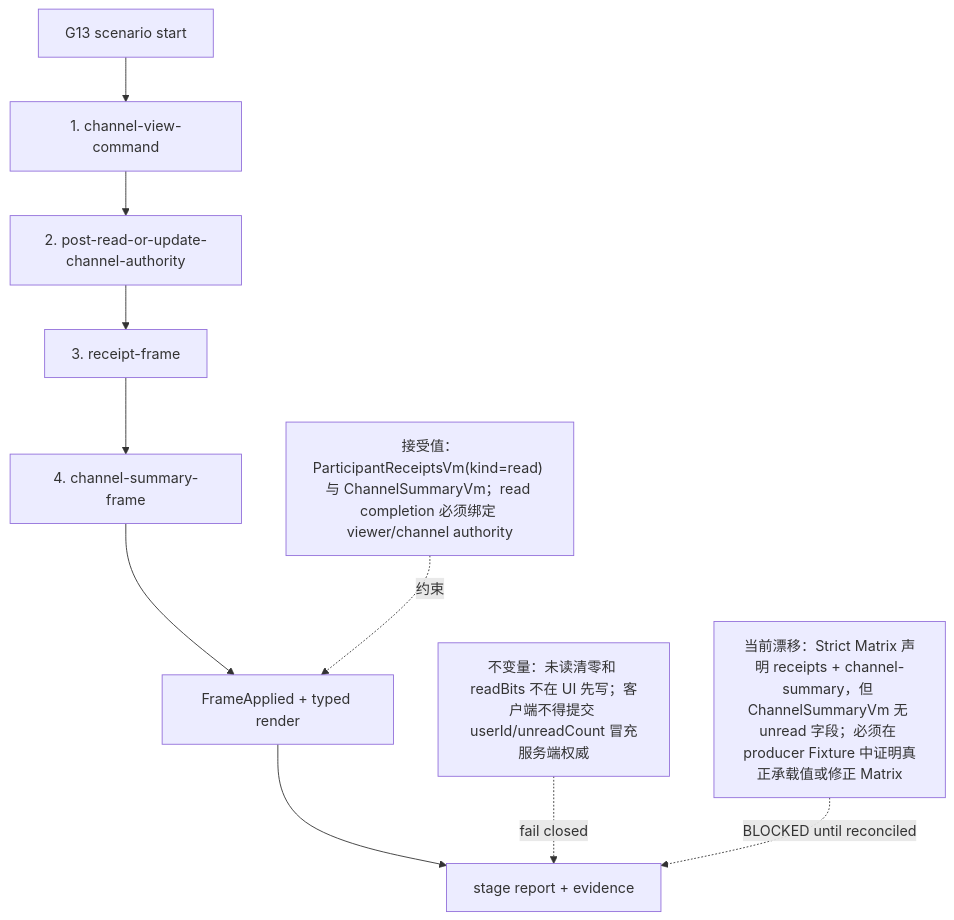
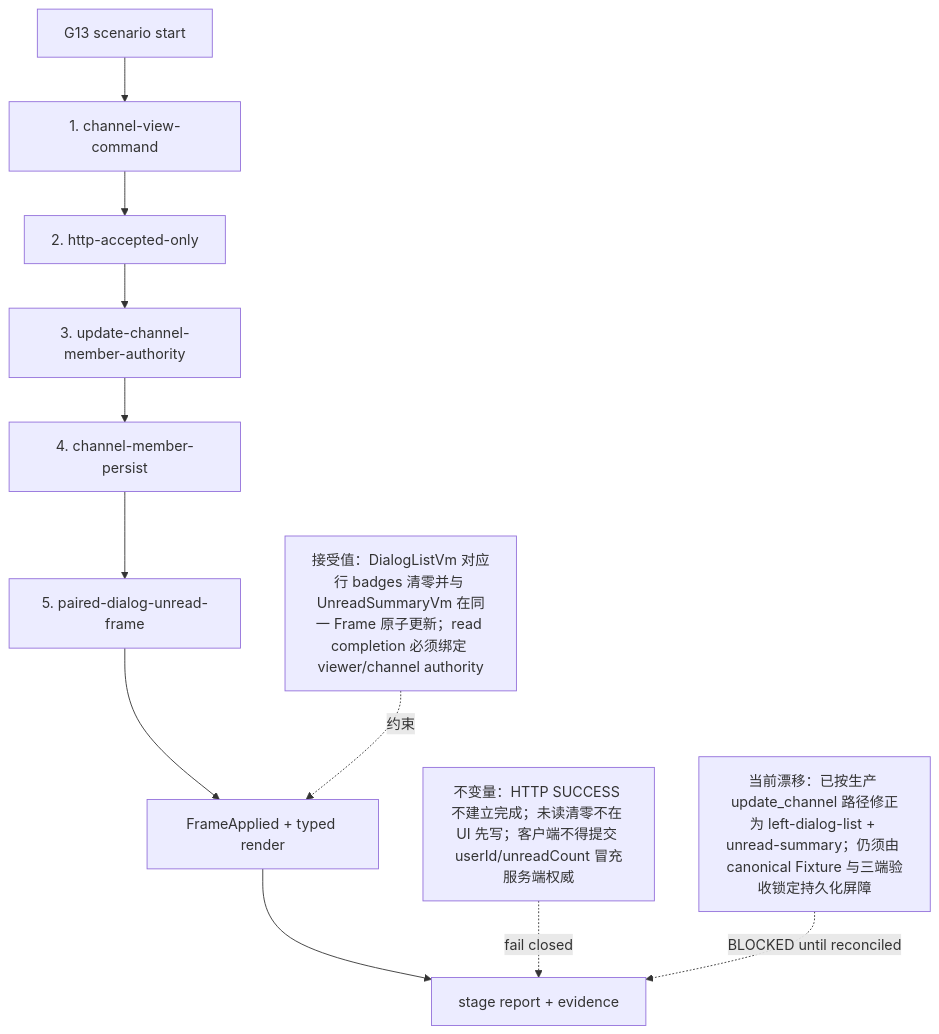
Before and after one commit to zxs1633079383/helix: the diagram in docs/interaction-frame-v2-全量替换-按UC/G13/10-G13-Frame阶段与接受值.mmd, drawn with Mermaid. The commit also changed 44 other files, not shown here.

```diff
--- a/docs/interaction-frame-v2-全量替换-按UC/G13/10-G13-Frame阶段与接受值.mmd
+++ b/docs/interaction-frame-v2-全量替换-按UC/G13/10-G13-Frame阶段与接受值.mmd
@@ -1,18 +1,20 @@
 flowchart TD
   START["G13 scenario start"] --> S1
   S1["1. channel-view-command"]
-  S2["2. post-read-or-update-channel-authority"]
-  S3["3. receipt-frame"]
-  S4["4. channel-summary-frame"]
+  S2["2. http-accepted-only"]
+  S3["3. update-channel-member-authority"]
+  S4["4. channel-member-persist"]
+  S5["5. paired-dialog-unread-frame"]
   S1 --> S2
   S2 --> S3
   S3 --> S4
-  S4 --> ACK["FrameApplied + typed render"]
+  S4 --> S5
+  S5 --> ACK["FrameApplied + typed render"]
   ACK --> REPORT["stage report + evidence"]
 
-  VALUES["接受值：ParticipantReceiptsVm(kind=read) 与 ChannelSummaryVm；read completion 必须绑定 viewer/channel authority"]
-  RULE["不变量：未读清零和 readBits 不在 UI 先写；客户端不得提交 userId/unreadCount 冒充服务端权威"]
-  DRIFT["当前漂移：Strict Matrix 声明 receipts + channel-summary，但 ChannelSummaryVm 无 unread 字段；必须在 producer Fixture 中证明真正承载值或修正 Matrix"]
+  VALUES["接受值：DialogListVm 对应行 badges 清零并与 UnreadSummaryVm 在同一 Frame 原子更新；read completion 必须绑定 viewer/channel authority"]
+  RULE["不变量：HTTP SUCCESS 不建立完成；未读清零不在 UI 先写；客户端不得提交 userId/unreadCount 冒充服务端权威"]
+  DRIFT["当前漂移：已按生产 update_channel 路径修正为 left-dialog-list + unread-summary；仍须由 canonical Fixture 与三端验收锁定持久化屏障"]
   VALUES -.约束.-> ACK
   RULE -.fail closed.-> REPORT
   DRIFT -.BLOCKED until reconciled.-> REPORT
```
